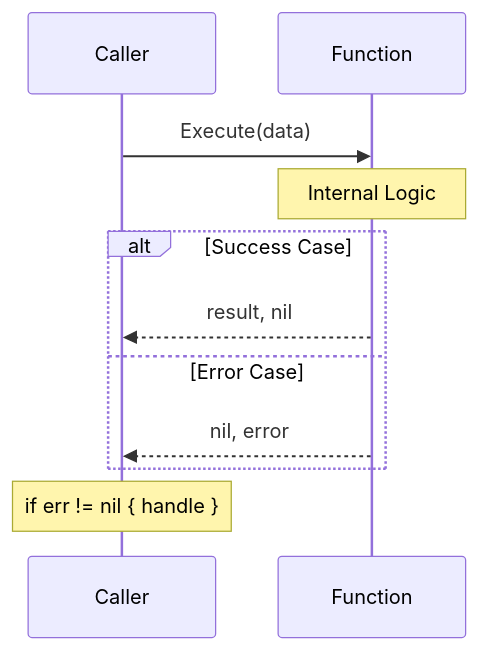
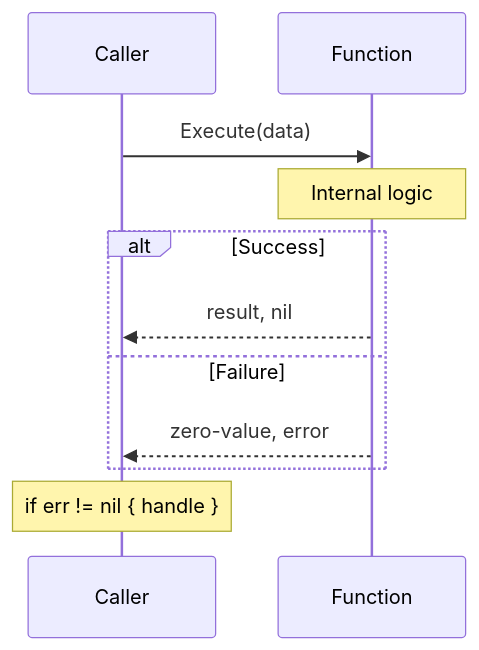
Before and after one commit to syahputrawork98-sketch/Golang-Knowledge-Base: the diagram in RAK-04-core-mechanics/SR-01-design-philosophy/BK-01-error-handling-strategy/CH-01_ExplicitErrorHandling/README.md, drawn with Mermaid. The commit also changed other lines of this file and 55 other files, not shown here.

````diff
--- a/RAK-04-core-mechanics/SR-01-design-philosophy/BK-01-error-handling-strategy/CH-01_ExplicitErrorHandling/README.md
+++ b/RAK-04-core-mechanics/SR-01-design-philosophy/BK-01-error-handling-strategy/CH-01_ExplicitErrorHandling/README.md
@@ -28,13 +41,13 @@
 ```mermaid
 sequenceDiagram
     participant Caller
     participant Function
     Caller->>Function: Execute(data)
-    Note over Function: Internal Logic
-    alt Success Case
+    Note over Function: Internal logic
+    alt Success
         Function-->>Caller: result, nil
-    else Error Case
-        Function-->>Caller: nil, error
+    else Failure
+        Function-->>Caller: zero-value, error
     end
     Note over Caller: if err != nil { handle }
 ```
````
